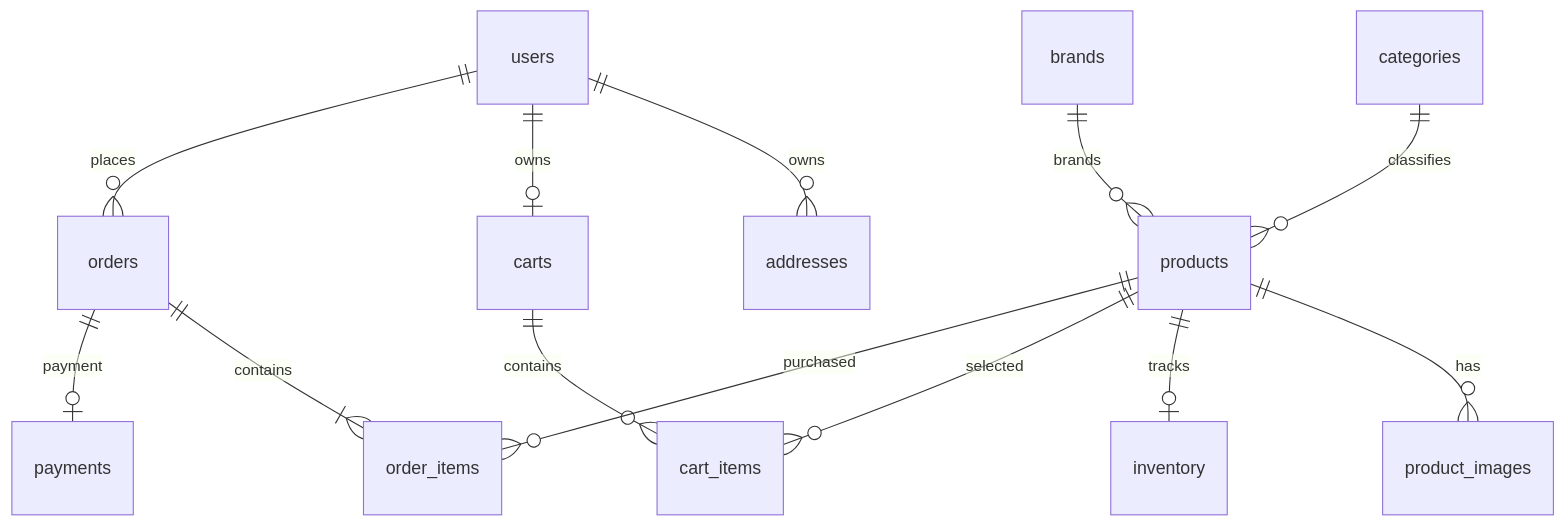
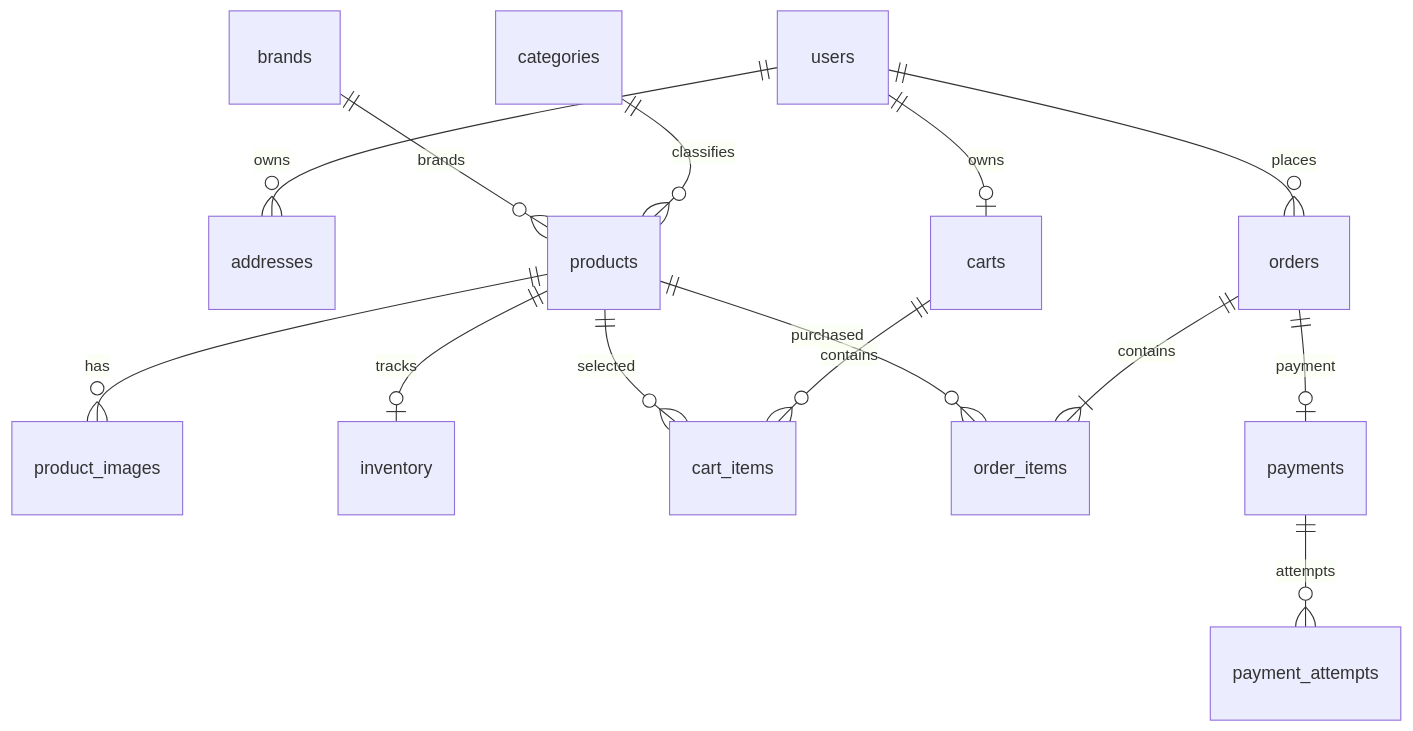
One commit to hoangchuong1711/PC_STORE changed the first of 5 diagrams in docs/data-model.md. Above: the diagram before and after it, drawn with Mermaid. The commit also changed other lines of this file and 46 other files, not shown here.

````diff
--- a/docs/data-model.md
+++ b/docs/data-model.md
@@ -36,15 +36,16 @@
 ```mermaid
 erDiagram
     users ||--o{ addresses : owns
     users ||--o| carts : owns
     users ||--o{ orders : places
     categories ||--o{ products : classifies
     brands ||--o{ products : brands
     products ||--o{ product_images : has
     products ||--o| inventory : tracks
     carts ||--o{ cart_items : contains
     products ||--o{ cart_items : selected
     orders ||--|{ order_items : contains
     products ||--o{ order_items : purchased
     orders ||--o| payments : payment
+    payments ||--o{ payment_attempts : attempts
 ```
````
